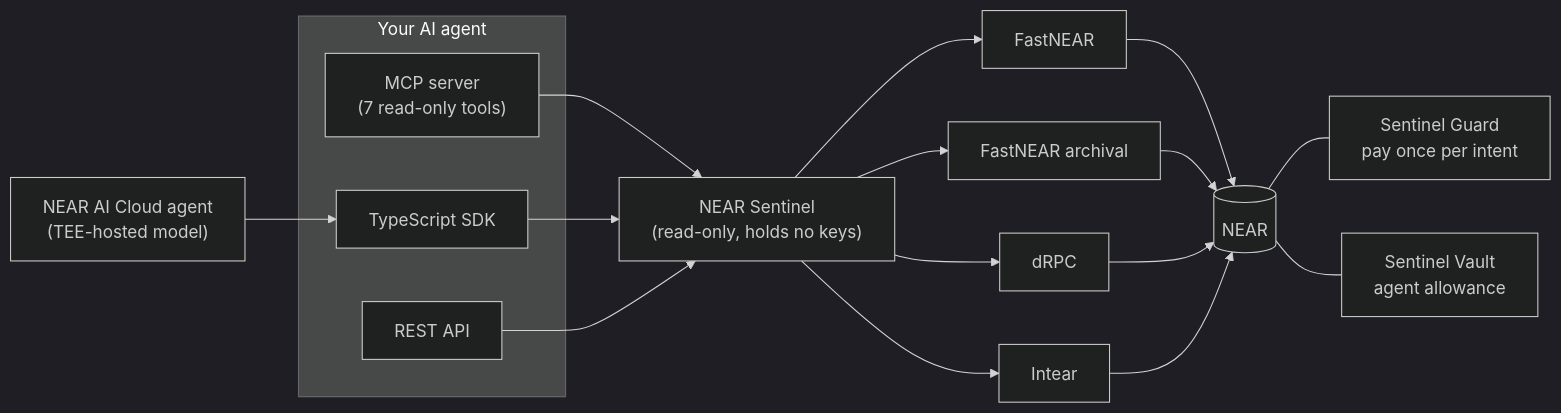
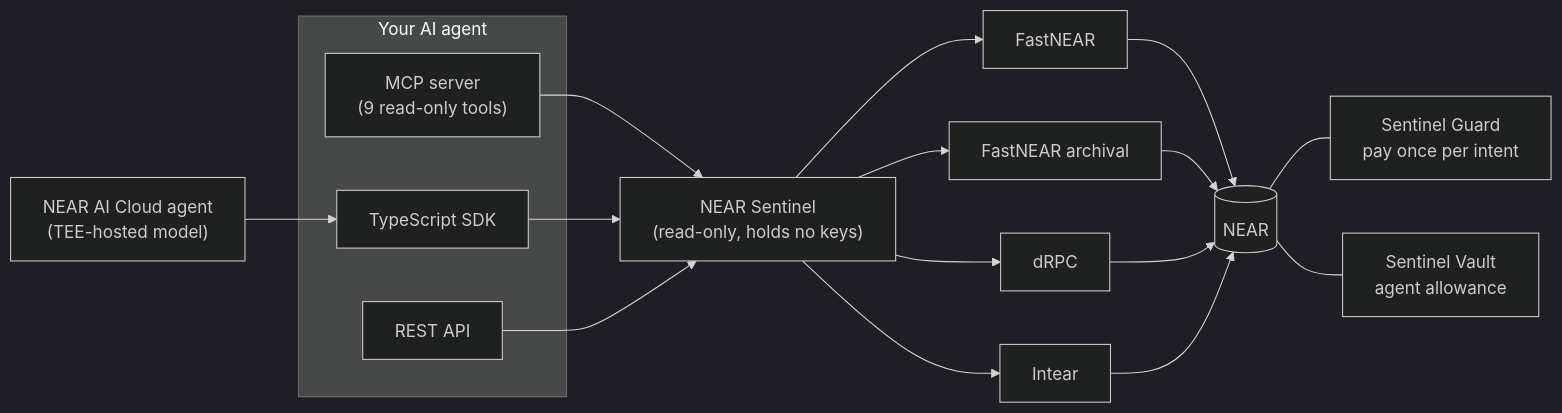
Before and after one commit to kariosg/near-sentinel: the second of 3 diagrams in README.md, drawn with Mermaid (dark theme). The commit also changed other lines of this file and 51 other files, not shown here.

````diff
--- a/README.md
+++ b/README.md
@@ -183,19 +183,19 @@
 ```mermaid
 flowchart LR
     subgraph Agent["Your AI agent"]
-        MCP["MCP server<br/>(7 read-only tools)"]
+        MCP["MCP server<br/>(9 read-only tools)"]
         SDK["TypeScript SDK"]
         REST["REST API"]
     end
     AI["NEAR AI Cloud agent<br/>(TEE-hosted model)"] --> SDK
     MCP --> S["NEAR Sentinel<br/>(read-only, holds no keys)"]
     SDK --> S
     REST --> S
     S --> P1["FastNEAR"]
     S --> P2["FastNEAR archival"]
     S --> P3["dRPC"]
     S --> P4["Intear"]
     P1 & P2 & P3 & P4 --> NEAR[("NEAR")]
     NEAR --- G["Sentinel Guard<br/>pay once per intent"]
     NEAR --- V["Sentinel Vault<br/>agent allowance"]
 ```
````
